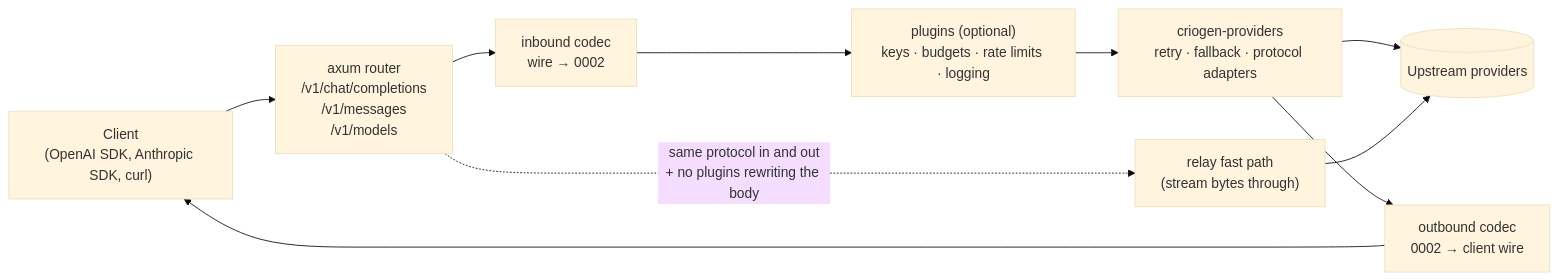
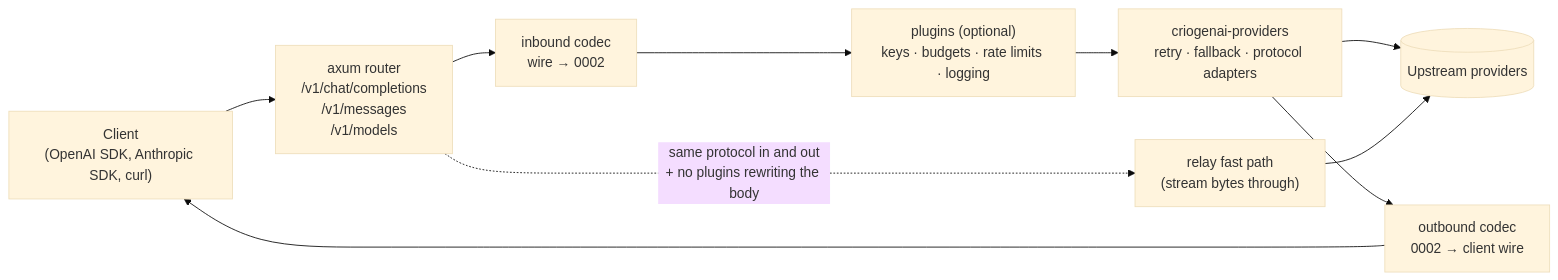
Before and after one commit to VARMAMASTER/criogenai: the diagram in docs/design/0006-provider-layer.md, drawn with Mermaid (base theme). The commit also changed other lines of this file and 805 other files, not shown here.

````diff
--- a/docs/design/0006-provider-layer.md
+++ b/docs/design/0006-provider-layer.md
@@ -313,12 +313,12 @@
 ```mermaid
 flowchart LR
     C["Client<br/>(OpenAI SDK, Anthropic SDK, curl)"] --> R["axum router<br/>/v1/chat/completions<br/>/v1/messages<br/>/v1/models"]
     R --> IN["inbound codec<br/>wire → 0002"]
     IN --> PL["plugins (optional)<br/>keys · budgets · rate limits · logging"]
-    PL --> P["criogen-providers<br/>retry · fallback · protocol adapters"]
+    PL --> P["criogenai-providers<br/>retry · fallback · protocol adapters"]
     P --> UP[(Upstream providers)]
     P --> OUT["outbound codec<br/>0002 → client wire"]
     OUT --> C
     R -. "same protocol in and out<br/>+ no plugins rewriting the body" .-> RELAY["relay fast path<br/>(stream bytes through)"]
     RELAY --> UP
 ```
````
